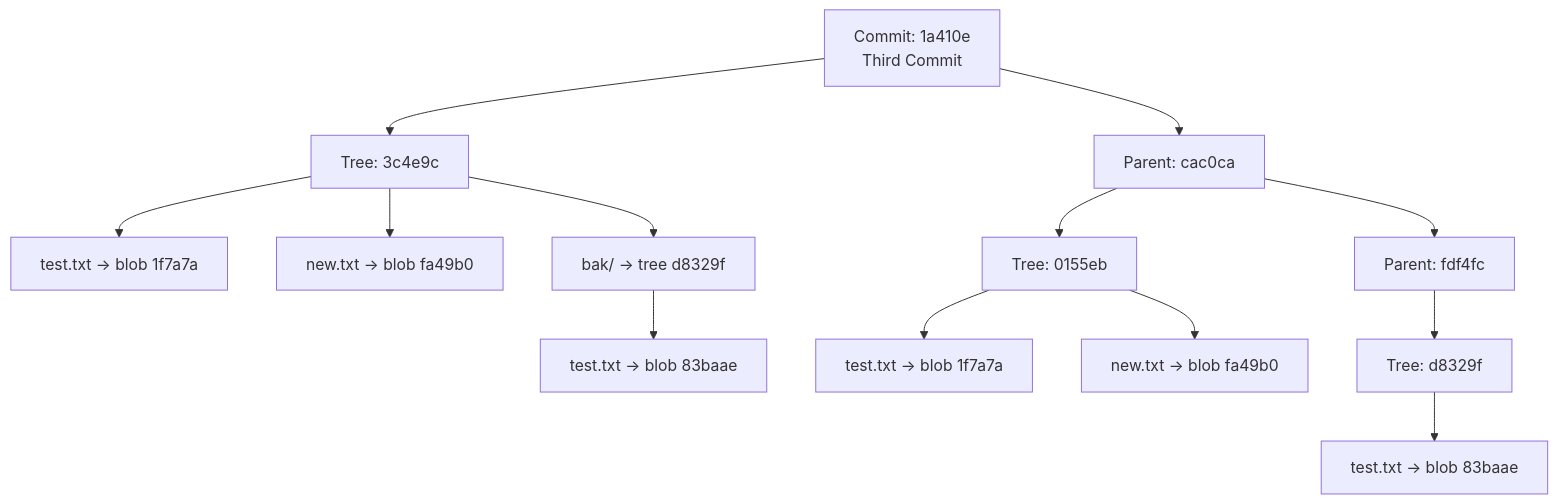
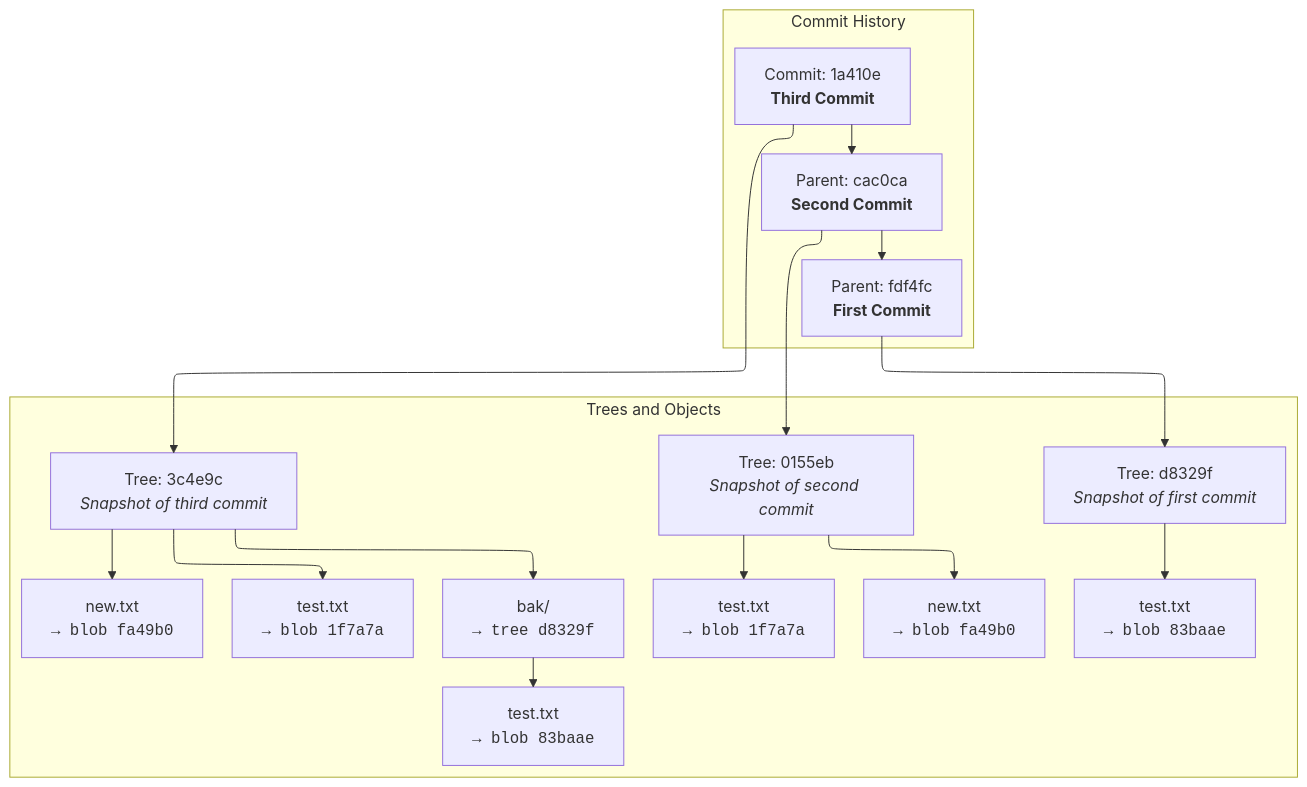
Before and after one commit to hadywafa/AzureHub: the diagram in certs/az-400/1.design-and-implement-source-control/1.1.git-commit-internals.md, drawn with Mermaid. The commit also changed other lines of this file and 3 other files, not shown here.

````diff
--- a/certs/az-400/1.design-and-implement-source-control/1.1.git-commit-internals.md
+++ b/certs/az-400/1.design-and-implement-source-control/1.1.git-commit-internals.md
@@ -140,18 +146,29 @@
 ```mermaid
+---
+config:
+  layout: elk
+  elk:
+    mergeEdges: false
+    nodePlacementStrategy: LINEAR_SEGMENTS
+---
 graph TD
-  A[Commit: 1a410e<br>Third Commit] --> B[Tree: 3c4e9c]
-  A --> A1[Parent: cac0ca]
+  subgraph Commit History
+    A[Commit: 1a410e<br><b>Third Commit</b>] --> A1[Parent: cac0ca<br><b>Second Commit</b>]
+    A1 --> A2[Parent: fdf4fc<br><b>First Commit</b>]
+  end
 
-  B --> B1[test.txt → blob 1f7a7a]
-  B --> B2[new.txt → blob fa49b0]
-  B --> B3[bak/ → tree d8329f]
-  B3 --> B4[test.txt → blob 83baae]
+  subgraph Trees and Objects
+    A --> B[Tree: 3c4e9c<br><i>Snapshot of third commit</i>]
+    B --> B1[test.txt<br><code>→ blob 1f7a7a</code>]
+    B --> B2[new.txt<br><code>→ blob fa49b0</code>]
+    B --> B3[bak/<br><code>→ tree d8329f</code>]
+    B3 --> B4[test.txt<br><code>→ blob 83baae</code>]
 
-  A1 --> C[Tree: 0155eb]
-  C --> C1[test.txt → blob 1f7a7a]
-  C --> C2[new.txt → blob fa49b0]
+    A1 --> C[Tree: 0155eb<br><i>Snapshot of second commit</i>]
+    C --> C1[test.txt<br><code>→ blob 1f7a7a</code>]
+    C --> C2[new.txt<br><code>→ blob fa49b0</code>]
 
-  A1 --> A2[Parent: fdf4fc]
-  A2 --> D[Tree: d8329f]
-  D --> D1[test.txt → blob 83baae]
+    A2 --> D[Tree: d8329f<br><i>Snapshot of first commit</i>]
+    D --> D1[test.txt<br><code>→ blob 83baae</code>]
+  end
 ```
````
